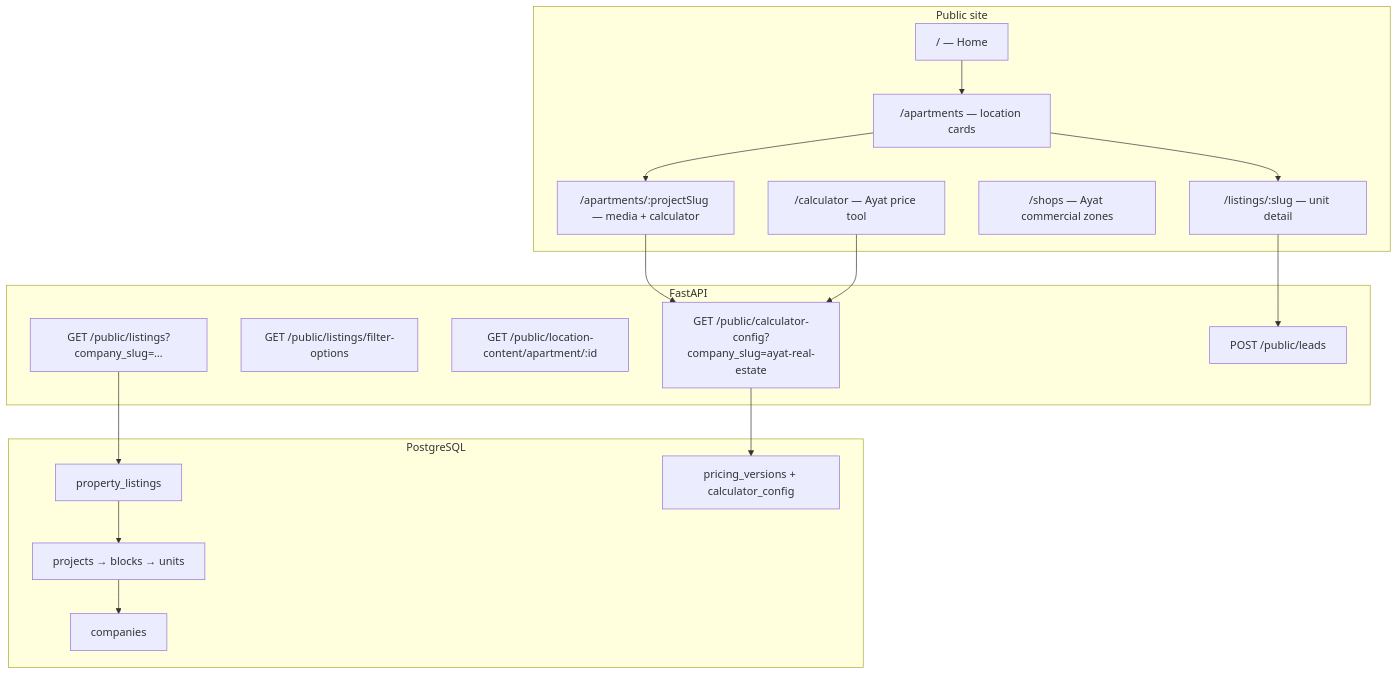
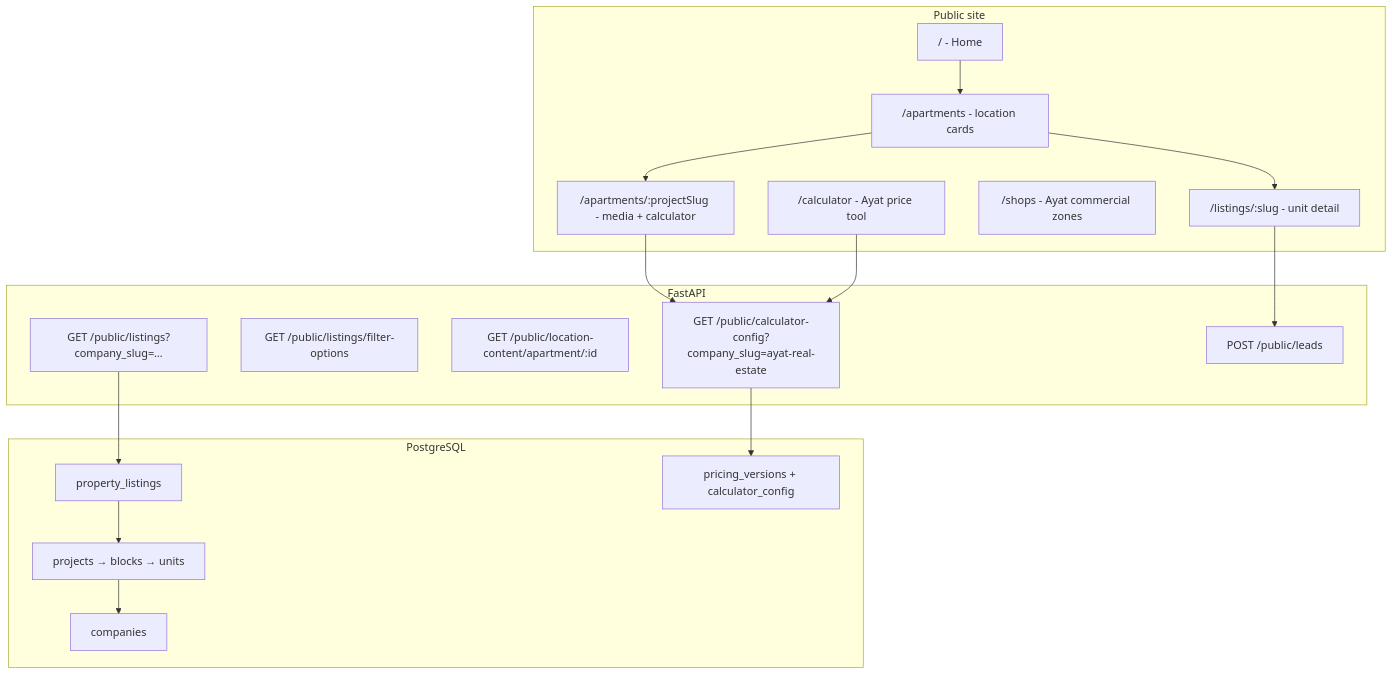
One commit to belay09/realstate changed the diagram in docs/TEMER_PROPERTIES_INTEGRATION_PLAN.md. Above: the diagram before and after it, drawn with Mermaid. The commit also changed other lines of this file and 70 other files, not shown here.

````diff
--- a/docs/TEMER_PROPERTIES_INTEGRATION_PLAN.md
+++ b/docs/TEMER_PROPERTIES_INTEGRATION_PLAN.md
@@ -31,32 +31,32 @@
 ```mermaid
 flowchart TB
   subgraph public [Public site]
-    Home["/ — Home"]
-    Apt["/apartments — location cards"]
-    Proj["/apartments/:projectSlug — media + calculator"]
-    Detail["/listings/:slug — unit detail"]
-    Shops["/shops — Ayat commercial zones"]
-    Calc["/calculator — Ayat price tool"]
+    Home["/ - Home"]
+    Apt["/apartments - location cards"]
+    Proj["/apartments/:projectSlug - media + calculator"]
+    Detail["/listings/:slug - unit detail"]
+    Shops["/shops - Ayat commercial zones"]
+    Calc["/calculator - Ayat price tool"]
   end
   subgraph api [FastAPI]
     List["GET /public/listings?company_slug=…"]
     Filters["GET /public/listings/filter-options"]
     Loc["GET /public/location-content/apartment/:id"]
     CalcCfg["GET /public/calculator-config?company_slug=ayat-real-estate"]
     Leads["POST /public/leads"]
   end
   subgraph db [PostgreSQL]
     Co[companies]
     Pr[projects → blocks → units]
     Li[property_listings]
     Pv[pricing_versions + calculator_config]
   end
   Home --> Apt
   Apt --> Proj
   Apt --> Detail
   Proj --> CalcCfg
   Detail --> Leads
   List --> Li
   Li --> Pr --> Co
   Calc --> CalcCfg --> Pv
 ```
````
